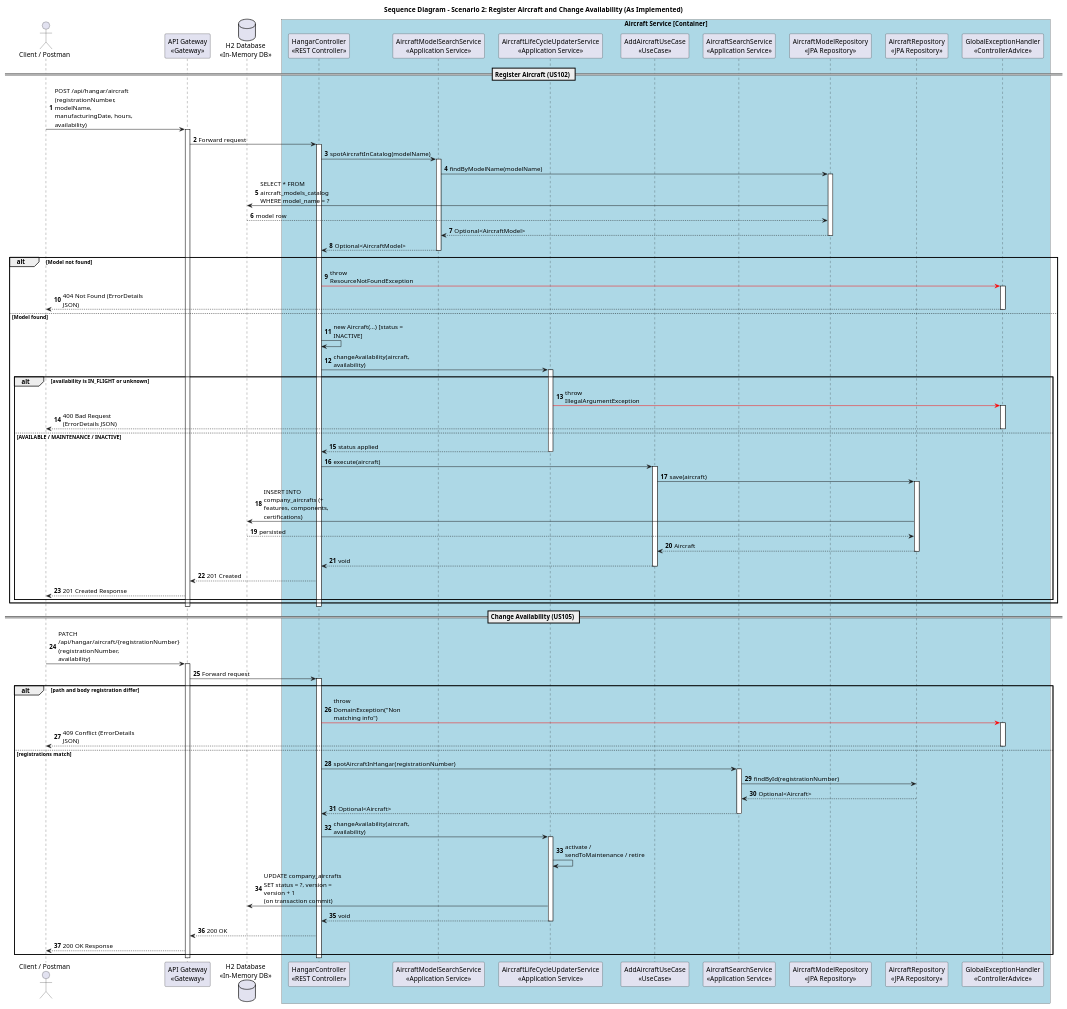
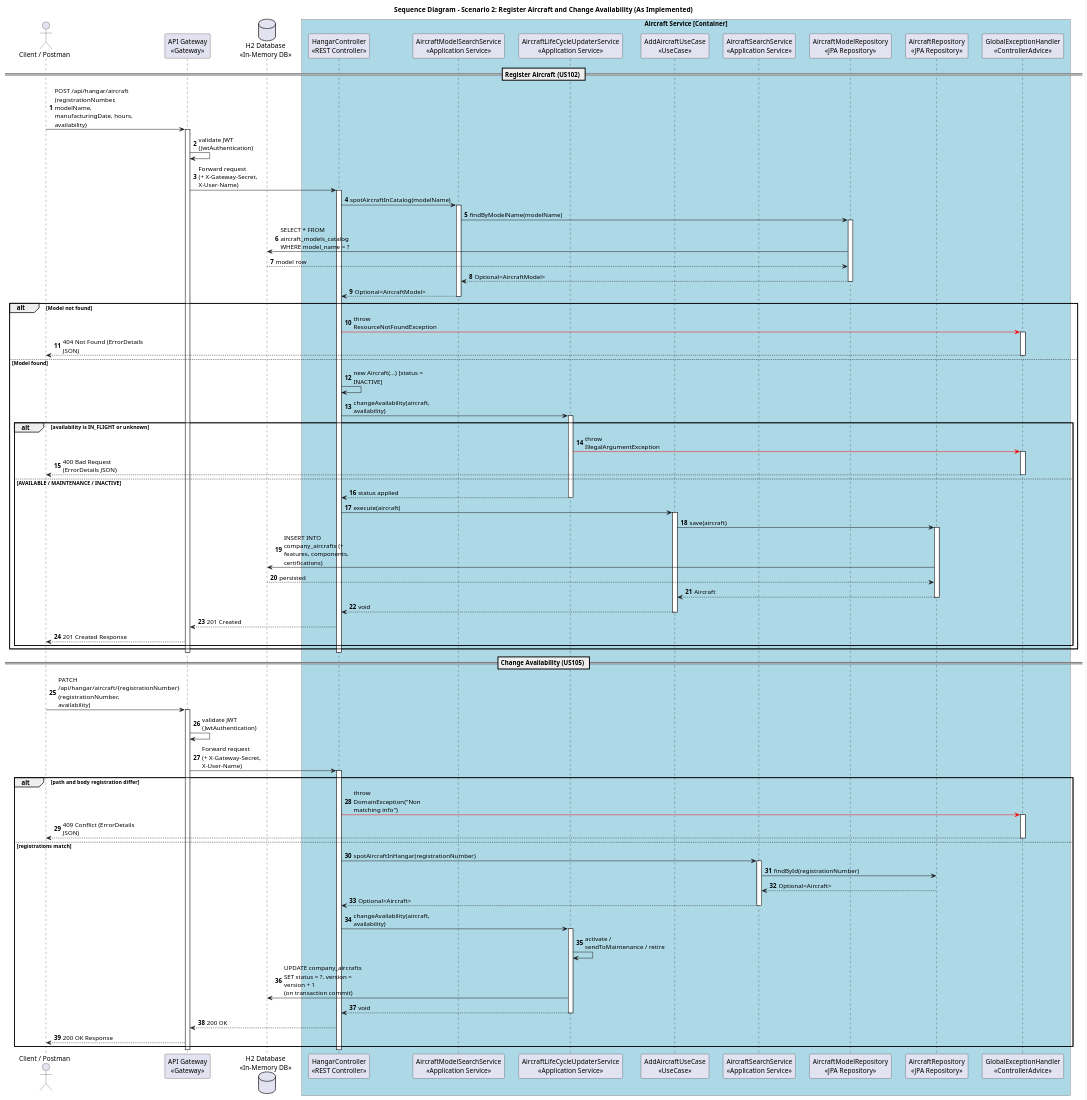
One commit to 8126Lucas/SIDIS_G6_3DA changed the diagram in aircraft-service/docs/sequence-diagrams/scenario-2-register-aircraft.puml. Above: the diagram before and after it, drawn with PlantUML. The commit also changed 8 other files, not shown here.

```diff
--- a/aircraft-service/docs/sequence-diagrams/scenario-2-register-aircraft.puml
+++ b/aircraft-service/docs/sequence-diagrams/scenario-2-register-aircraft.puml
@@ -1,120 +1,122 @@
 @startuml
 skinparam responseMessageBelowArrow true
 skinparam maxMessageSize 180
 skinparam boxPadding 10
 skinparam participantPadding 10
 skinparam shadowing false
 
 title Sequence Diagram - Scenario 2: Register Aircraft and Change Availability (As Implemented)
 
 autonumber
 
 actor "Client / Postman" as client
 participant "API Gateway\n<<Gateway>>" as gateway
 participant "HangarController\n<<REST Controller>>" as controller
 participant "AircraftModelSearchService\n<<Application Service>>" as model_search
 participant "AircraftLifeCycleUpdaterService\n<<Application Service>>" as lifecycle
 participant "AddAircraftUseCase\n<<UseCase>>" as add_uc
 participant "AircraftSearchService\n<<Application Service>>" as aircraft_search
 participant "AircraftModelRepository\n<<JPA Repository>>" as model_repo
 participant "AircraftRepository\n<<JPA Repository>>" as aircraft_repo
 database "H2 Database\n<<In-Memory DB>>" as db
 participant "GlobalExceptionHandler\n<<ControllerAdvice>>" as exception_handler
 
 box "Aircraft Service [Container]" #LightBlue
     participant controller
     participant model_search
     participant lifecycle
     participant add_uc
     participant aircraft_search
     participant model_repo
     participant aircraft_repo
     participant exception_handler
 end box
 
 == Register Aircraft (US102) ==
 
 client -> gateway : POST /api/hangar/aircraft\n(registrationNumber, modelName, manufacturingDate, hours, availability)
 activate gateway
-gateway -> controller : Forward request
+gateway -> gateway : validate JWT (JwtAuthentication)
+gateway -> controller : Forward request\n(+ X-Gateway-Secret, X-User-Name)
 activate controller
 
 controller -> model_search : spotAircraftInCatalog(modelName)
 activate model_search
 model_search -> model_repo : findByModelName(modelName)
 activate model_repo
 model_repo -> db : SELECT * FROM aircraft_models_catalog WHERE model_name = ?
 db --> model_repo : model row
 model_repo --> model_search : Optional<AircraftModel>
 deactivate model_repo
 model_search --> controller : Optional<AircraftModel>
 deactivate model_search
 
 alt Model not found
     controller -[#red]> exception_handler : throw ResourceNotFoundException
     activate exception_handler
     exception_handler --> client : 404 Not Found (ErrorDetails JSON)
     deactivate exception_handler
 else Model found
     controller -> controller : new Aircraft(...) [status = INACTIVE]
     controller -> lifecycle : changeAvailability(aircraft, availability)
     activate lifecycle
     alt availability is IN_FLIGHT or unknown
         lifecycle -[#red]> exception_handler : throw IllegalArgumentException
         activate exception_handler
         exception_handler --> client : 400 Bad Request (ErrorDetails JSON)
         deactivate exception_handler
     else AVAILABLE / MAINTENANCE / INACTIVE
         lifecycle --> controller : status applied
         deactivate lifecycle
         controller -> add_uc : execute(aircraft)
         activate add_uc
         add_uc -> aircraft_repo : save(aircraft)
         activate aircraft_repo
         aircraft_repo -> db : INSERT INTO company_aircrafts (+ features, components, certifications)
         db --> aircraft_repo : persisted
         aircraft_repo --> add_uc : Aircraft
         deactivate aircraft_repo
         add_uc --> controller : void
         deactivate add_uc
         controller --> gateway : 201 Created
         gateway --> client : 201 Created Response
     end
 end
 deactivate controller
 deactivate gateway
 
 == Change Availability (US105) ==
 
 client -> gateway : PATCH /api/hangar/aircraft/{registrationNumber}\n(registrationNumber, availability)
 activate gateway
-gateway -> controller : Forward request
+gateway -> gateway : validate JWT (JwtAuthentication)
+gateway -> controller : Forward request\n(+ X-Gateway-Secret, X-User-Name)
 activate controller
 
 alt path and body registration differ
     controller -[#red]> exception_handler : throw DomainException("Non matching info")
     activate exception_handler
     exception_handler --> client : 409 Conflict (ErrorDetails JSON)
     deactivate exception_handler
 else registrations match
     controller -> aircraft_search : spotAircraftInHangar(registrationNumber)
     activate aircraft_search
     aircraft_search -> aircraft_repo : findById(registrationNumber)
     aircraft_repo --> aircraft_search : Optional<Aircraft>
     aircraft_search --> controller : Optional<Aircraft>
     deactivate aircraft_search
 
     controller -> lifecycle : changeAvailability(aircraft, availability)
     activate lifecycle
     lifecycle -> lifecycle : activate / sendToMaintenance / retire
     lifecycle -> db : UPDATE company_aircrafts SET status = ?, version = version + 1\n(on transaction commit)
     lifecycle --> controller : void
     deactivate lifecycle
 
     controller --> gateway : 200 OK
     gateway --> client : 200 OK Response
 end
 deactivate controller
 deactivate gateway
 
 @enduml
```
